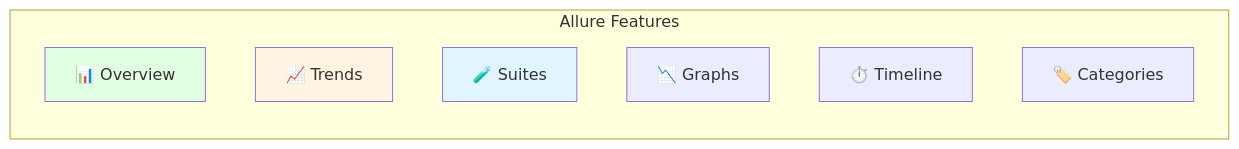
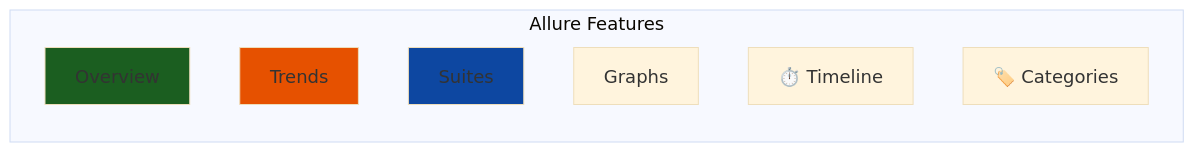
Before and after one commit to Ai-Whisperers/Courses-Content: diagram 12 of 16 in courses/🟡-development/FPUNA-2026/01-DESARROLLO-SOFTWARE/especializaciones/qa-automation/04-integracion-ci-cd.md, drawn with Mermaid. The commit also changed other lines of this file and 47 other files, not shown here.

First line of the commit message:
fix: Make all 473 diagrams WCAG AAA accessible (FPUNA-2026)

````diff
--- a/courses/🟡-development/FPUNA-2026/01-DESARROLLO-SOFTWARE/especializaciones/qa-automation/04-integracion-ci-cd.md
+++ b/courses/🟡-development/FPUNA-2026/01-DESARROLLO-SOFTWARE/especializaciones/qa-automation/04-integracion-ci-cd.md
@@ -831,15 +842,16 @@
 ```mermaid
+%%{init: {'theme':'base', 'themeVariables': {'fontSize':'18px'}}}%%
 graph LR
     subgraph "Allure Features"
-        A[📊 Overview]
-        B[📈 Trends]
-        C[🧪 Suites]
-        D[📉 Graphs]
+        A[Overview]
+        B[Trends]
+        C[Suites]
+        D[Graphs]
         E[⏱️ Timeline]
         F[🏷️ Categories]
     end
     
-    style A fill:#E1FFE1
-    style B fill:#FFF4E1
-    style C fill:#E1F5FF
+    style A fill:#1b5e20
+    style B fill:#e65100
+    style C fill:#0d47a1
 ```
````
